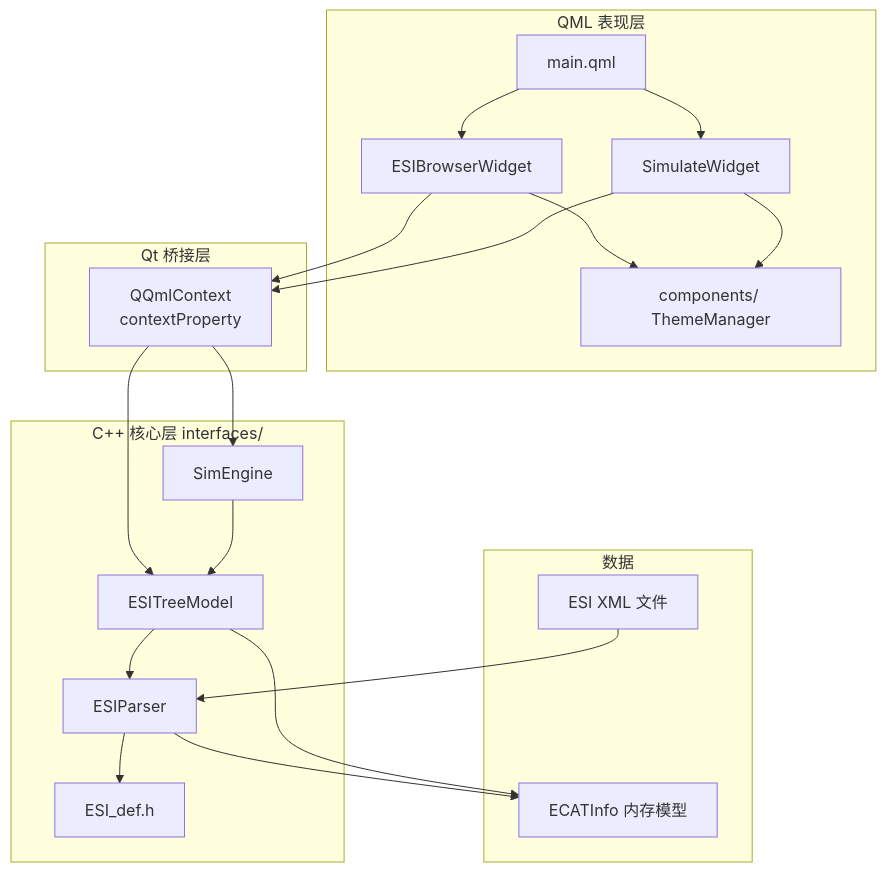
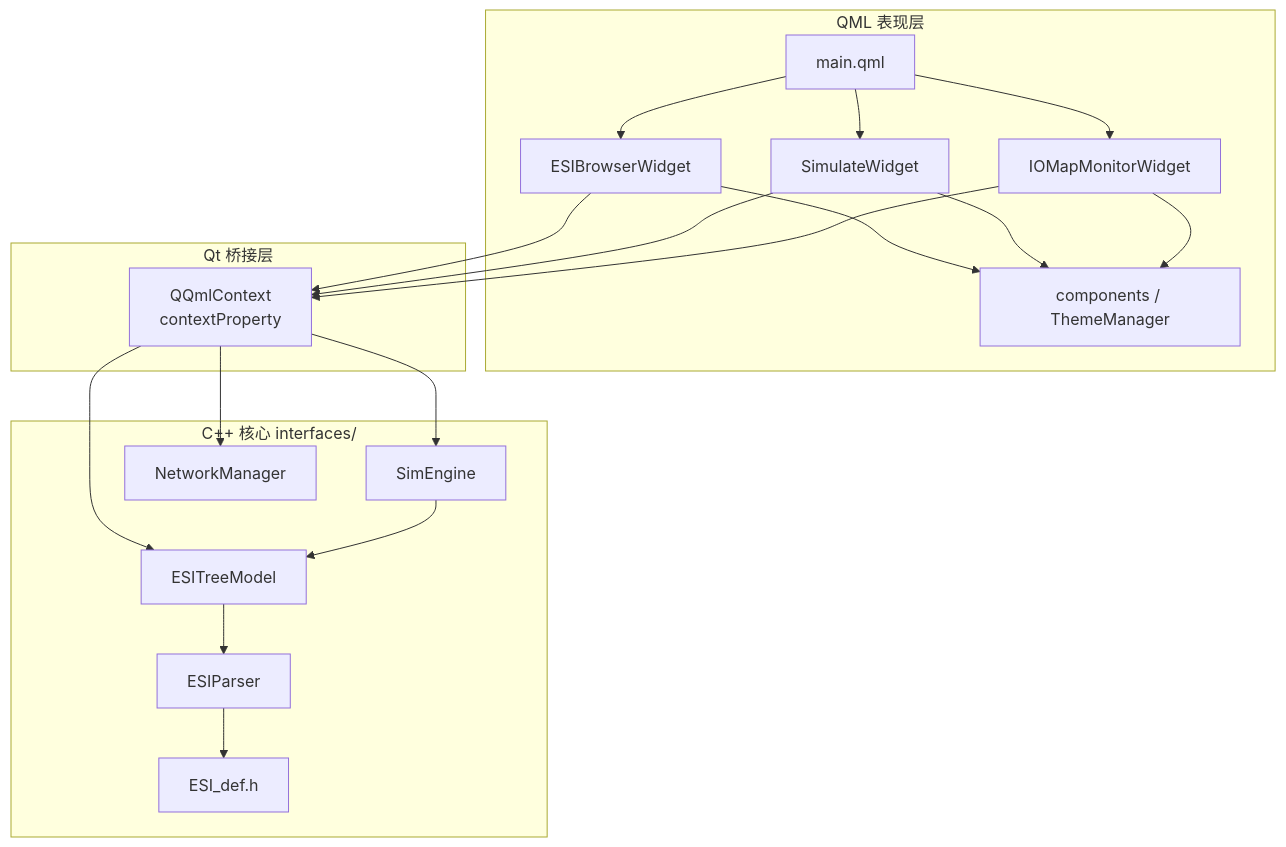
Diagram 12 of 13 in README.md (pipi-can/Ethercat-Lab), drawn with Mermaid before and after one commit. The commit also changed other lines of this file and 2 other files, not shown here.

````diff
--- a/README.md
+++ b/README.md
@@ -100,42 +726,30 @@
 ```mermaid
 flowchart TB
     subgraph UI["QML 表现层"]
         main["main.qml"]
         esi["ESIBrowserWidget"]
         sim["SimulateWidget"]
-        comp["components/ ThemeManager"]
+        iomap["IOMapMonitorWidget"]
+        comp["components / ThemeManager"]
     end
 
     subgraph Bridge["Qt 桥接层"]
         ctx["QQmlContext\ncontextProperty"]
     end
 
-    subgraph Core["C++ 核心层 interfaces/"]
+    subgraph Core["C++ 核心 interfaces/"]
         parser["ESIParser"]
         model["ESITreeModel"]
         engine["SimEngine"]
+        net["NetworkManager"]
         def["ESI_def.h"]
     end
 
-    subgraph Data["数据"]
-        xml["ESI XML 文件"]
-        ecat["ECATInfo 内存模型"]
-    end
-
-    main --> esi
-    main --> sim
-    esi --> comp
-    sim --> comp
-
-    esi --> ctx
-    sim --> ctx
-    ctx --> model
-    ctx --> engine
-
+    main --> esi & sim & iomap
+    esi & sim & iomap --> comp
+    esi & sim & iomap --> ctx
+    ctx --> model & engine & net
     model --> parser
+    engine --> model
     parser --> def
-    parser --> ecat
-    model --> ecat
-    engine --> model
-    xml --> parser
 ```
````
